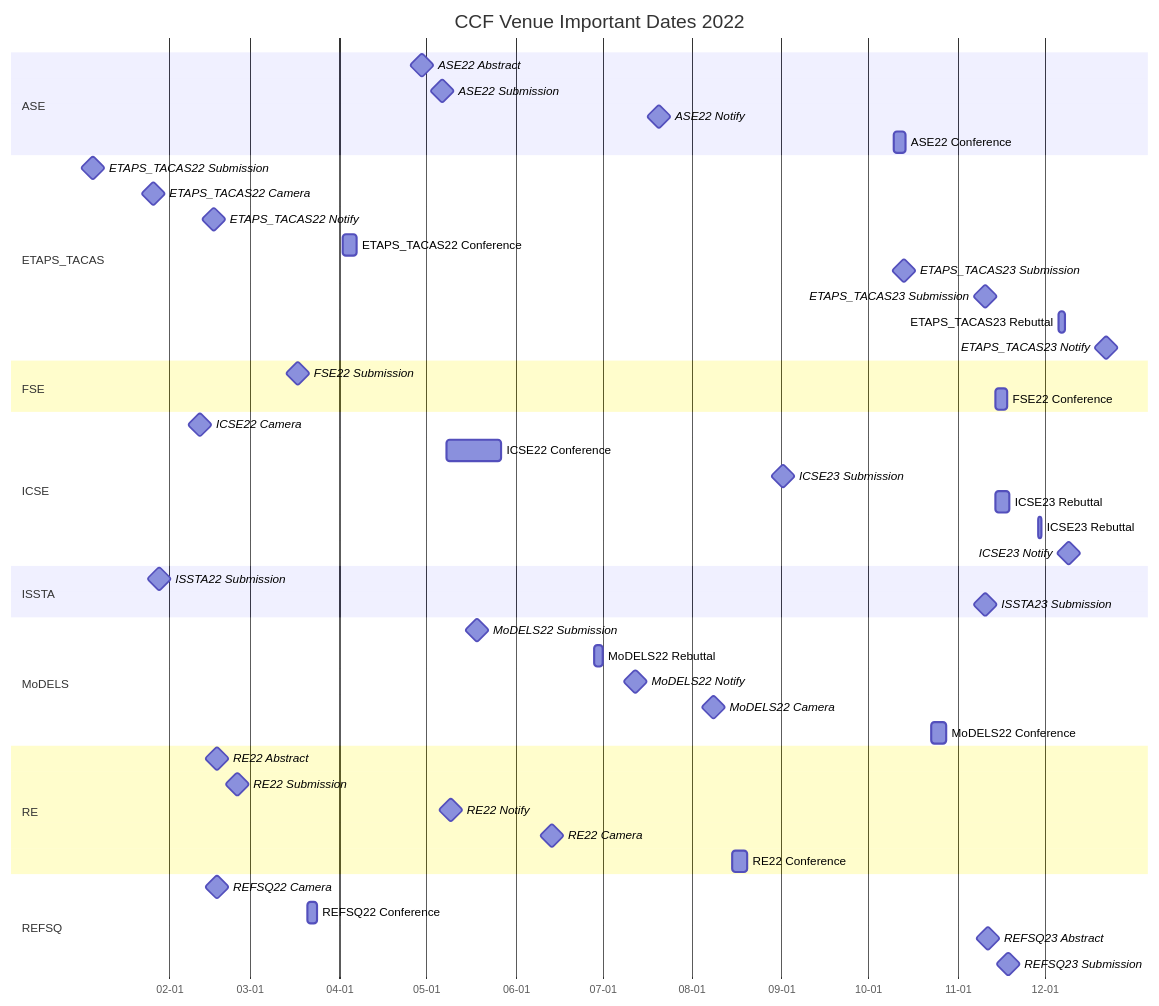
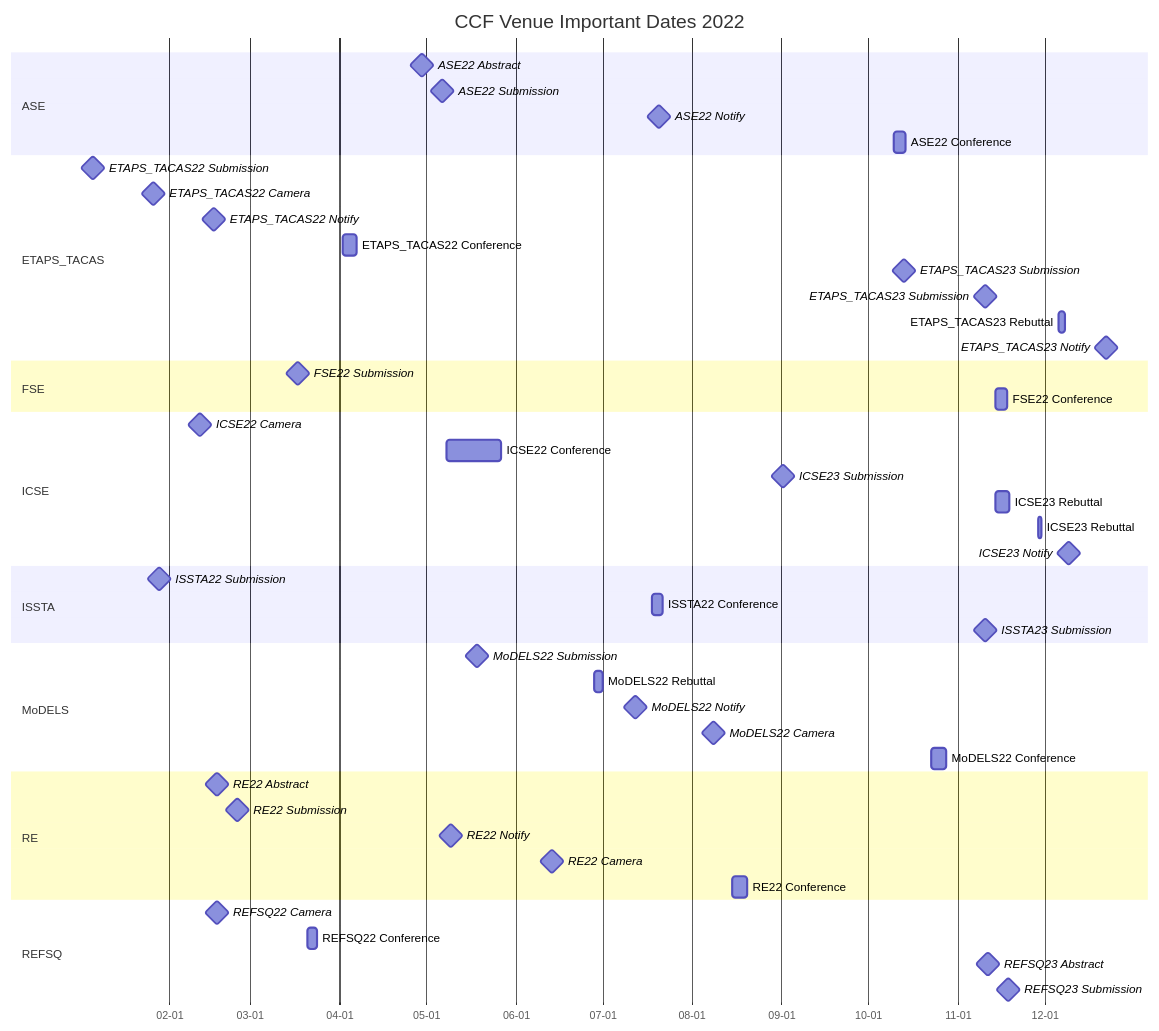
The seventh of 9 diagrams in ccf_venues/TIMELINE.md (HansBug/research_ideas), drawn with Mermaid before and after one commit. The commit also changed other lines of this file and 6 other files, not shown here.

````diff
--- a/ccf_venues/TIMELINE.md
+++ b/ccf_venues/TIMELINE.md
@@ -726,59 +729,60 @@
 ```mermaid
 gantt
   title CCF Venue Important Dates 2022
   dateFormat YYYY-MM-DD
   axisFormat %m-%d
 
   section ASE
   ASE22 Abstract :milestone, ase_2022_1_20220429, 2022-04-29, 1d
   ASE22 Submission :milestone, ase_2022_2_20220506, 2022-05-06, 1d
   ASE22 Notify :milestone, ase_2022_3_20220720, 2022-07-20, 1d
   ASE22 Conference :ase_2022_4_20221010, 2022-10-10, 2022-10-14
 
   section ETAPS_TACAS
   ETAPS_TACAS22 Submission :milestone, etaps_tacas_2022_1_20220105, 2022-01-05, 1d
   ETAPS_TACAS22 Camera :milestone, etaps_tacas_2022_2_20220126, 2022-01-26, 1d
   ETAPS_TACAS22 Notify :milestone, etaps_tacas_2022_3_20220216, 2022-02-16, 1d
   ETAPS_TACAS22 Conference :etaps_tacas_2022_4_20220402, 2022-04-02, 2022-04-07
   ETAPS_TACAS23 Submission :milestone, etaps_tacas_2022_5_20221013, 2022-10-13, 1d
   ETAPS_TACAS23 Submission :milestone, etaps_tacas_2022_6_20221110, 2022-11-10, 1d
   ETAPS_TACAS23 Rebuttal :etaps_tacas_2022_7_20221206, 2022-12-06, 2022-12-08
   ETAPS_TACAS23 Notify :milestone, etaps_tacas_2022_8_20221222, 2022-12-22, 1d
 
   section FSE
   FSE22 Submission :milestone, fse_2022_1_20220317, 2022-03-17, 1d
   FSE22 Conference :fse_2022_2_20221114, 2022-11-14, 2022-11-18
 
   section ICSE
   ICSE22 Camera :milestone, icse_2022_1_20220211, 2022-02-11, 1d
   ICSE22 Conference :icse_2022_2_20220508, 2022-05-08, 2022-05-27
   ICSE23 Submission :milestone, icse_2022_3_20220901, 2022-09-01, 1d
   ICSE23 Rebuttal :icse_2022_4_20221114, 2022-11-14, 2022-11-19
   ICSE23 Rebuttal :icse_2022_5_20221129, 2022-11-29, 2022-11-30
   ICSE23 Notify :milestone, icse_2022_6_20221209, 2022-12-09, 1d
 
   section ISSTA
   ISSTA22 Submission :milestone, issta_2022_1_20220128, 2022-01-28, 1d
-  ISSTA23 Submission :milestone, issta_2022_2_20221110, 2022-11-10, 1d
+  ISSTA22 Conference :issta_2022_2_20220718, 2022-07-18, 2022-07-22
+  ISSTA23 Submission :milestone, issta_2022_3_20221110, 2022-11-10, 1d
 
   section MoDELS
   MoDELS22 Submission :milestone, models_2022_1_20220518, 2022-05-18, 1d
   MoDELS22 Rebuttal :models_2022_2_20220628, 2022-06-28, 2022-07-01
   MoDELS22 Notify :milestone, models_2022_3_20220712, 2022-07-12, 1d
   MoDELS22 Camera :milestone, models_2022_4_20220808, 2022-08-08, 1d
   MoDELS22 Conference :models_2022_5_20221023, 2022-10-23, 2022-10-28
 
   section RE
   RE22 Abstract :milestone, re_2022_1_20220217, 2022-02-17, 1d
   RE22 Submission :milestone, re_2022_2_20220224, 2022-02-24, 1d
   RE22 Notify :milestone, re_2022_3_20220509, 2022-05-09, 1d
   RE22 Camera :milestone, re_2022_4_20220613, 2022-06-13, 1d
   RE22 Conference :re_2022_5_20220815, 2022-08-15, 2022-08-20
 
   section REFSQ
   REFSQ22 Camera :milestone, refsq_2022_1_20220217, 2022-02-17, 1d
   REFSQ22 Conference :refsq_2022_2_20220321, 2022-03-21, 2022-03-24
   REFSQ23 Abstract :milestone, refsq_2022_3_20221111, 2022-11-11, 1d
   REFSQ23 Submission :milestone, refsq_2022_4_20221118, 2022-11-18, 1d
 
 ```
````
